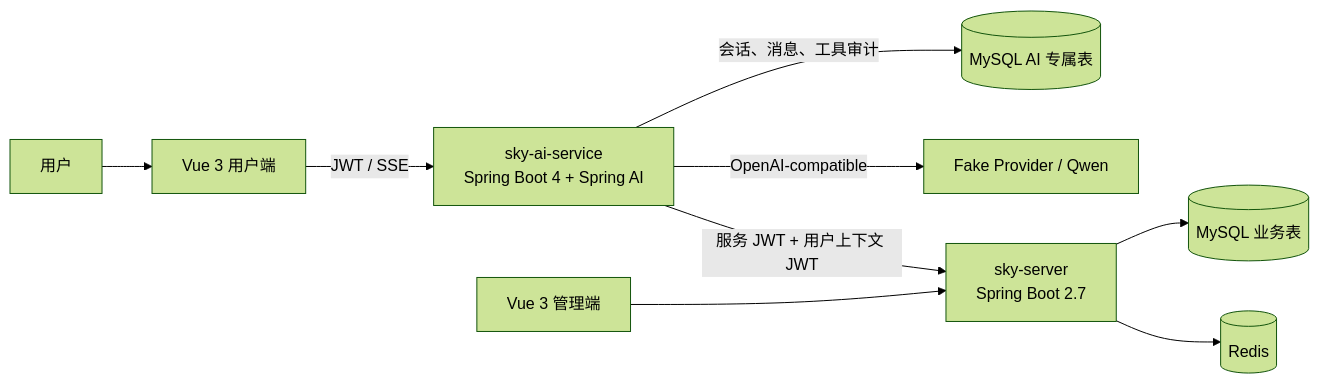
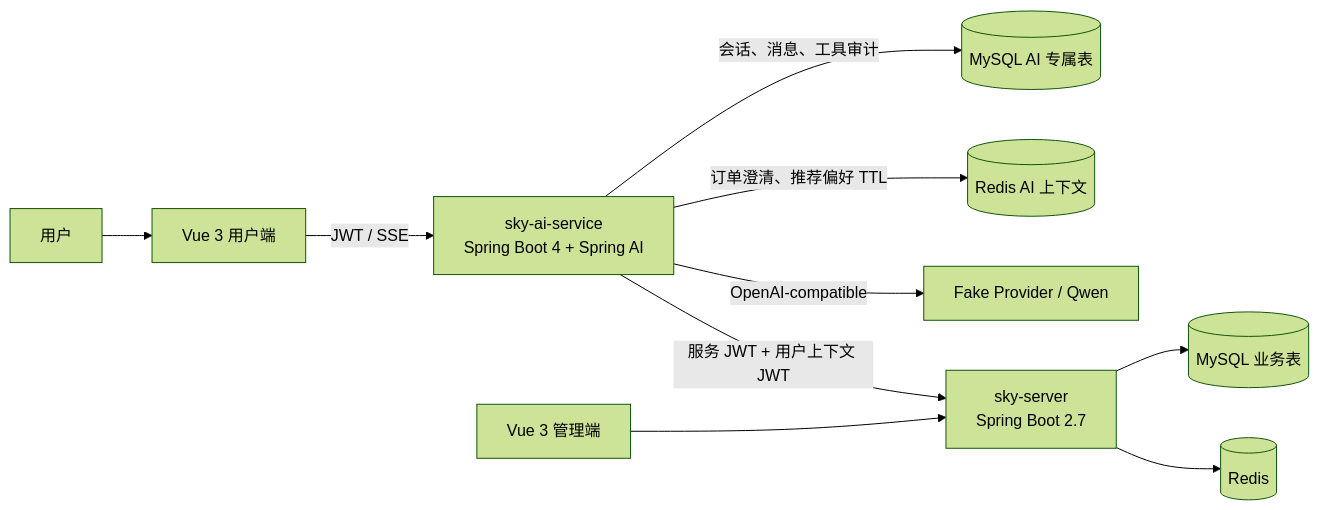
The diagram in README.md (Xucion/sky-take-out-ai-agent), drawn with Mermaid (forest theme) before and after one commit. The commit also changed other lines of this file and 1 other file, not shown here.

````diff
--- a/README.md
+++ b/README.md
@@ -54,11 +56,12 @@
 ```mermaid
 flowchart LR
     U[用户] --> W[Vue 3 用户端]
     W -->|JWT / SSE| A[sky-ai-service<br/>Spring Boot 4 + Spring AI]
     A -->|会话、消息、工具审计| AM[(MySQL AI 专属表)]
+    A -->|订单澄清、推荐偏好 TTL| AR[(Redis AI 上下文)]
     A -->|OpenAI-compatible| L[Fake Provider / Qwen]
     A -->|服务 JWT + 用户上下文 JWT| S[sky-server<br/>Spring Boot 2.7]
     S --> B[(MySQL 业务表)]
     S --> R[(Redis)]
     M[Vue 3 管理端] --> S
 ```
````
